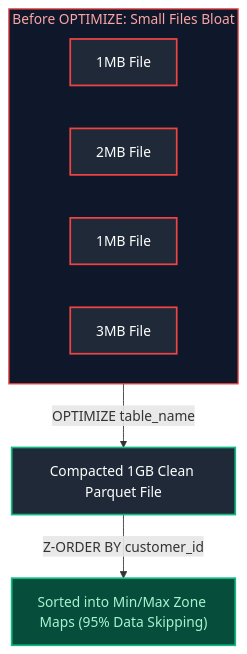
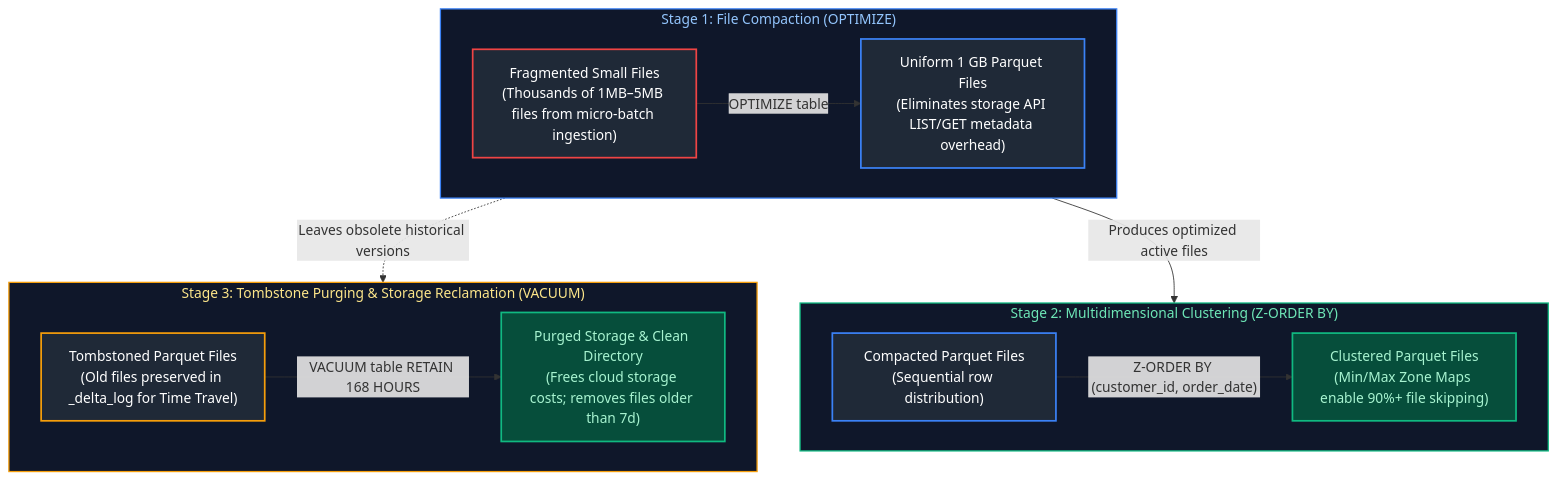
The third of 5 diagrams in Data Engineering/frequently_asked_questions/06_databricks_and_delta_lake.md (joydeep-biswas/Interview-Preparation), drawn with Mermaid before and after one commit. The commit also changed other lines of this file and 76 other files, not shown here.

Commit message:
Updated Charts

````diff
--- a/Data Engineering/frequently_asked_questions/06_databricks_and_delta_lake.md
+++ b/Data Engineering/frequently_asked_questions/06_databricks_and_delta_lake.md
@@ -217,17 +223,31 @@
 ```mermaid
 flowchart TD
-    subgraph SmallFileProblem ["Before OPTIMIZE: Small Files Bloat"]
-        F1["1MB File"] & F2["2MB File"] & F3["1MB File"] & F4["3MB File"]
+    subgraph Stage1 ["Stage 1: File Compaction (OPTIMIZE)"]
+        direction LR
+        SmallFiles["Fragmented Small Files<br/>(Thousands of 1MB–5MB files from micro-batch ingestion)"] -->|"OPTIMIZE table"| Compacted["Uniform 1 GB Parquet Files<br/>(Eliminates storage API LIST/GET metadata overhead)"]
     end
-    
-    SmallFileProblem -->|OPTIMIZE table_name| Compacted["Compacted 1GB Clean Parquet File"]
-    Compacted -->|Z-ORDER BY customer_id| ZOrdered["Sorted into Min/Max Zone Maps (95% Data Skipping)"]
 
-    style SmallFileProblem fill:#0f172a,stroke:#ef4444,stroke-width:1.5px,color:#fca5a5
-    style F1 fill:#1f2937,stroke:#ef4444,stroke-width:2px,color:#fff
-    style F2 fill:#1f2937,stroke:#ef4444,stroke-width:2px,color:#fff
-    style F3 fill:#1f2937,stroke:#ef4444,stroke-width:2px,color:#fff
-    style F4 fill:#1f2937,stroke:#ef4444,stroke-width:2px,color:#fff
-    style Compacted fill:#1f2937,stroke:#10b981,stroke-width:2px,color:#fff
+    subgraph Stage2 ["Stage 2: Multidimensional Clustering (Z-ORDER BY)"]
+        direction LR
+        Unclustered["Compacted Parquet Files<br/>(Sequential row distribution)"] -->|"Z-ORDER BY (customer_id, order_date)"| ZOrdered["Clustered Parquet Files<br/>(Min/Max Zone Maps enable 90%+ file skipping)"]
+    end
+
+    subgraph Stage3 ["Stage 3: Tombstone Purging & Storage Reclamation (VACUUM)"]
+        direction LR
+        Tombstones["Tombstoned Parquet Files<br/>(Old files preserved in _delta_log for Time Travel)"] -->|"VACUUM table RETAIN 168 HOURS"| Purged["Purged Storage & Clean Directory<br/>(Frees cloud storage costs; removes files older than 7d)"]
+    end
+
+    Compacted -->|"Produces optimized active files"| Unclustered
+    SmallFiles -.->|"Leaves obsolete historical versions"| Tombstones
+
+    style Stage1 fill:#0f172a,stroke:#3b82f6,stroke-width:1.5px,color:#93c5fd
+    style Stage2 fill:#0f172a,stroke:#10b981,stroke-width:1.5px,color:#6ee7b7
+    style Stage3 fill:#0f172a,stroke:#f59e0b,stroke-width:1.5px,color:#fde68a
+
+    style SmallFiles fill:#1f2937,stroke:#ef4444,stroke-width:2px,color:#fff
+    style Compacted fill:#1f2937,stroke:#3b82f6,stroke-width:2px,color:#fff
+    style Unclustered fill:#1f2937,stroke:#3b82f6,stroke-width:2px,color:#fff
     style ZOrdered fill:#064e3b,stroke:#10b981,stroke-width:2px,color:#a7f3d0
+    style Tombstones fill:#1f2937,stroke:#f59e0b,stroke-width:2px,color:#fff
+    style Purged fill:#064e3b,stroke:#10b981,stroke-width:2px,color:#a7f3d0
 ```
````
